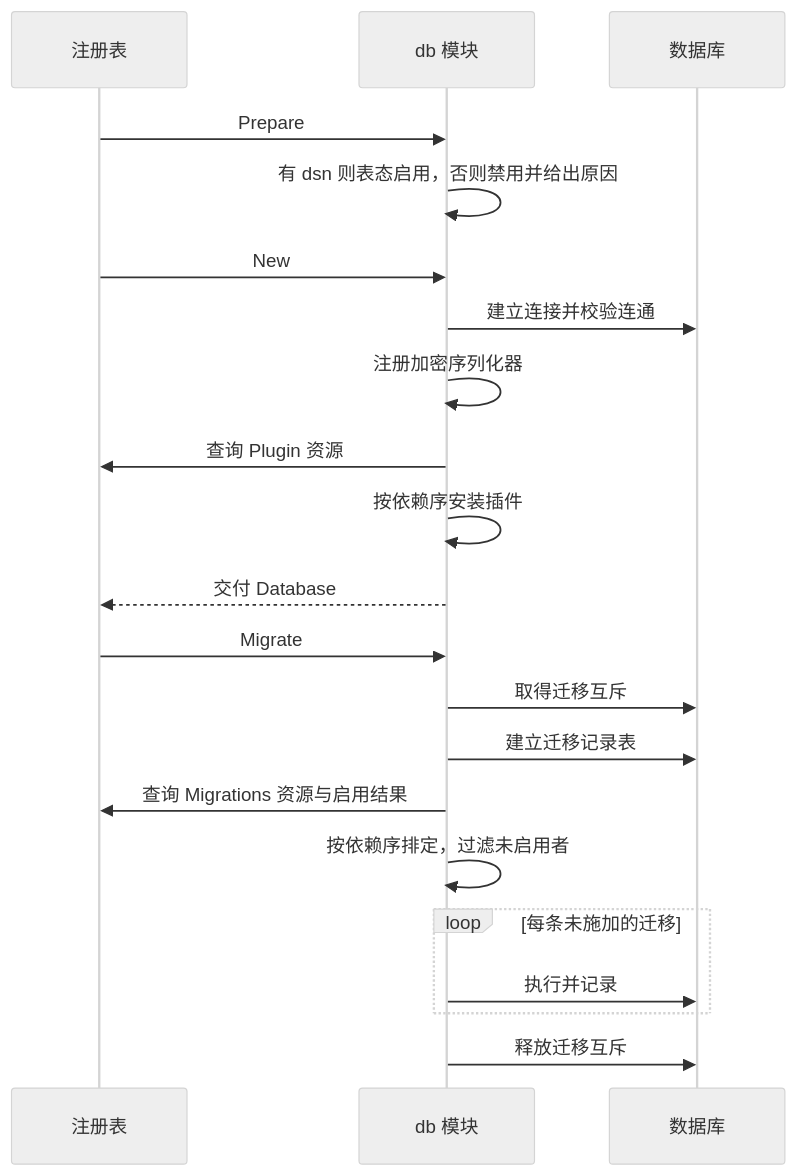
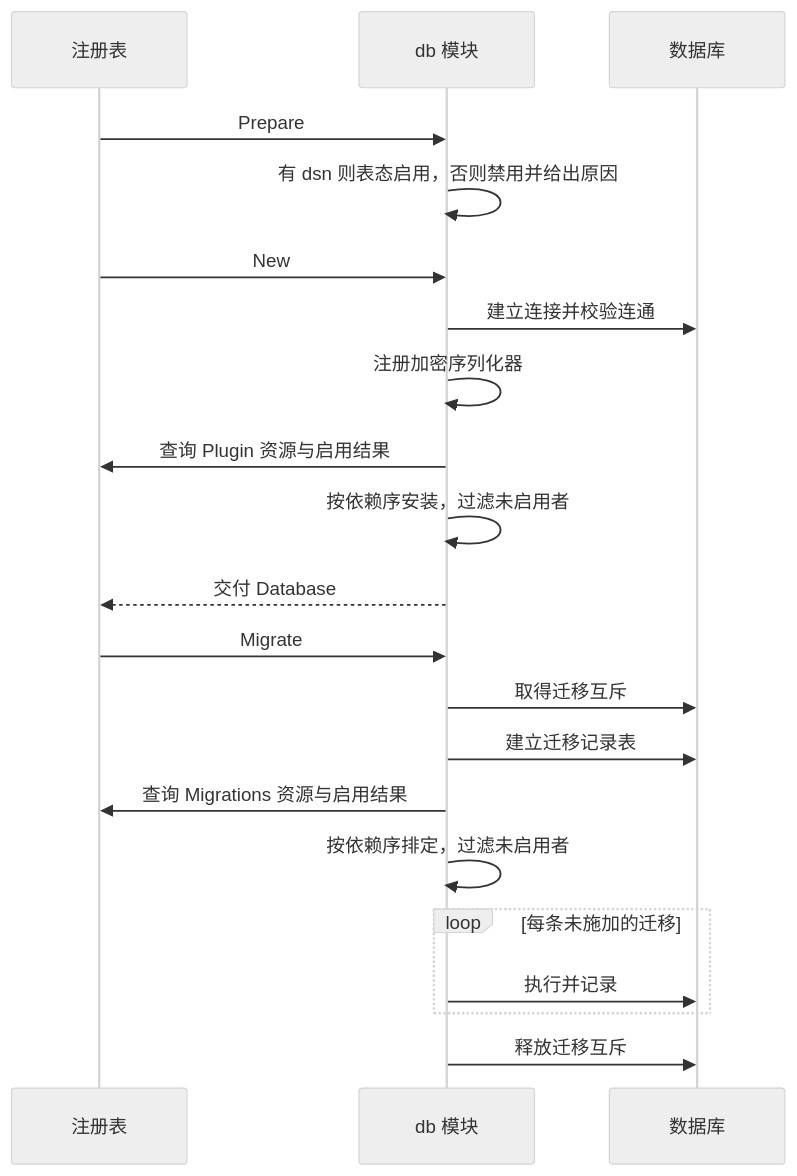
One commit to vislake/speed changed the second of 2 diagrams in docs/design/modules/design-db.md. Above: the diagram before and after it, drawn with Mermaid (neutral theme). The commit also changed other lines of this file and 3 other files, not shown here.

````diff
--- a/docs/design/modules/design-db.md
+++ b/docs/design/modules/design-db.md
@@ -178,23 +198,23 @@
 ```mermaid
 sequenceDiagram
     participant R as 注册表
     participant D as db 模块
     participant G as 数据库
     R->>D: Prepare
     D->>D: 有 dsn 则表态启用，否则禁用并给出原因
     R->>D: New
     D->>G: 建立连接并校验连通
     D->>D: 注册加密序列化器
-    D->>R: 查询 Plugin 资源
-    D->>D: 按依赖序安装插件
+    D->>R: 查询 Plugin 资源与启用结果
+    D->>D: 按依赖序安装，过滤未启用者
     D-->>R: 交付 Database
     R->>D: Migrate
     D->>G: 取得迁移互斥
     D->>G: 建立迁移记录表
     D->>R: 查询 Migrations 资源与启用结果
     D->>D: 按依赖序排定，过滤未启用者
     loop 每条未施加的迁移
         D->>G: 执行并记录
     end
     D->>G: 释放迁移互斥
 ```
````
